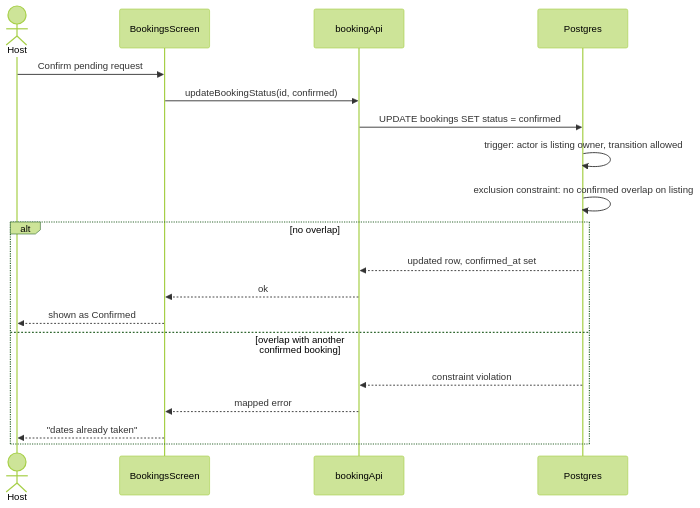
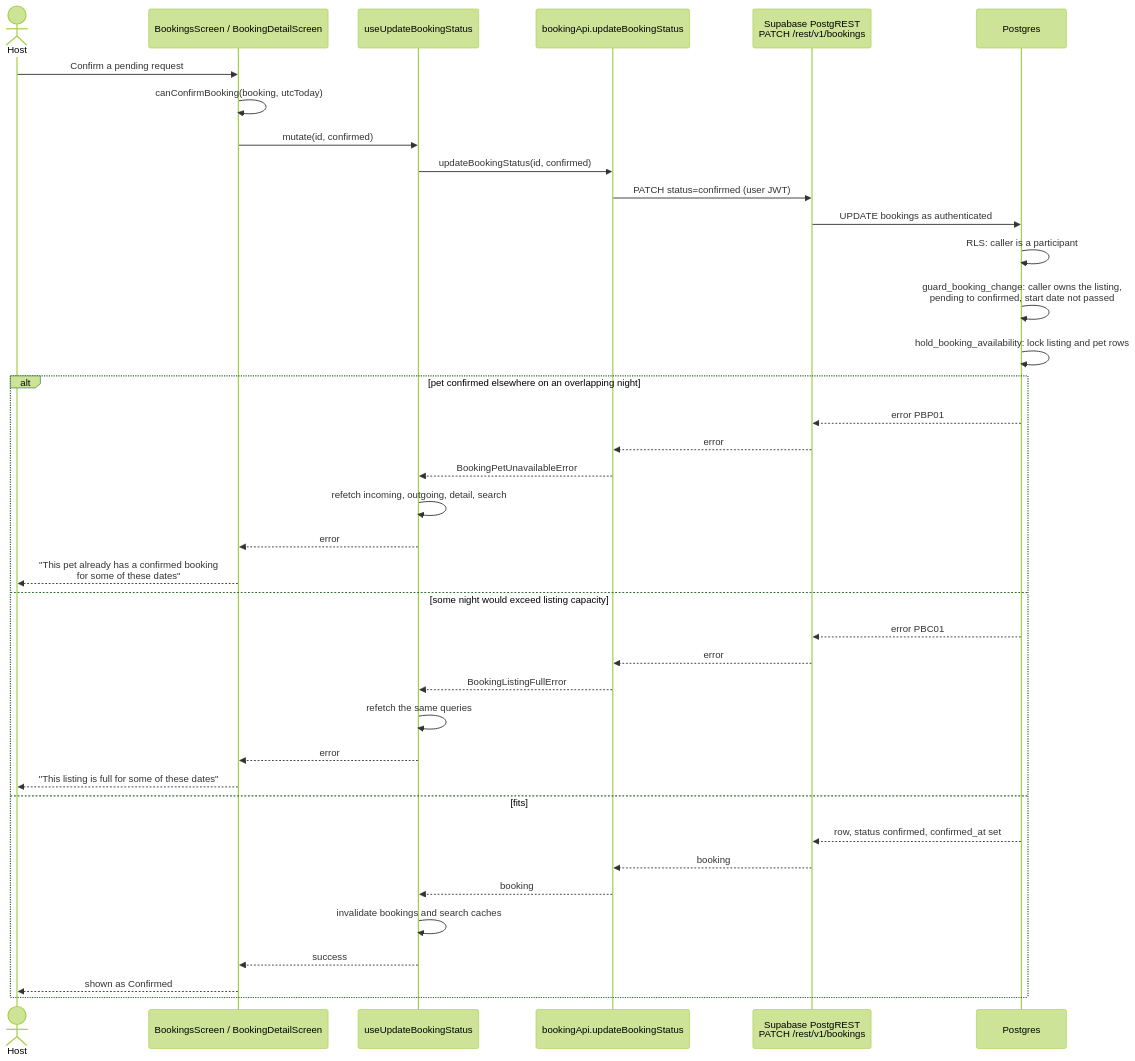
One commit to ziannsnp/petswap changed the eighth of 14 diagrams in docs/design-document.md. Above: the diagram before and after it, drawn with Mermaid (forest theme). The commit also changed other lines of this file and 3 other files, not shown here.

First line of the commit message:
docs(course): add the UML API diagram, design quality, and black-box test plan

````diff
--- a/docs/design-document.md
+++ b/docs/design-document.md
@@ -286,22 +303,41 @@
 ```mermaid
 sequenceDiagram
     actor Host
-    participant UI as BookingsScreen
-    participant API as bookingApi
+    participant UI as BookingsScreen / BookingDetailScreen
+    participant Hook as useUpdateBookingStatus
+    participant API as bookingApi.updateBookingStatus
+    participant REST as Supabase PostgREST<br/>PATCH /rest/v1/bookings
     participant DB as Postgres
 
-    Host->>UI: Confirm pending request
-    UI->>API: updateBookingStatus(id, confirmed)
-    API->>DB: UPDATE bookings SET status = confirmed
-    DB->>DB: trigger: actor is listing owner, transition allowed
-    DB->>DB: exclusion constraint: no confirmed overlap on listing
-    alt no overlap
-        DB-->>API: updated row, confirmed_at set
-        API-->>UI: ok
+    Host->>UI: Confirm a pending request
+    UI->>UI: canConfirmBooking(booking, utcToday)
+    UI->>Hook: mutate(id, confirmed)
+    Hook->>API: updateBookingStatus(id, confirmed)
+    API->>REST: PATCH status=confirmed (user JWT)
+    REST->>DB: UPDATE bookings as authenticated
+    DB->>DB: RLS: caller is a participant
+    DB->>DB: guard_booking_change: caller owns the listing,<br/>pending to confirmed, start date not passed
+    DB->>DB: hold_booking_availability: lock listing and pet rows
+    alt pet confirmed elsewhere on an overlapping night
+        DB-->>REST: error PBP01
+        REST-->>API: error
+        API-->>Hook: BookingPetUnavailableError
+        Hook->>Hook: refetch incoming, outgoing, detail, search
+        Hook-->>UI: error
+        UI-->>Host: "This pet already has a confirmed booking<br/>for some of these dates"
+    else some night would exceed listing capacity
+        DB-->>REST: error PBC01
+        REST-->>API: error
+        API-->>Hook: BookingListingFullError
+        Hook->>Hook: refetch the same queries
+        Hook-->>UI: error
+        UI-->>Host: "This listing is full for some of these dates"
+    else fits
+        DB-->>REST: row, status confirmed, confirmed_at set
+        REST-->>API: booking
+        API-->>Hook: booking
+        Hook->>Hook: invalidate bookings and search caches
+        Hook-->>UI: success
         UI-->>Host: shown as Confirmed
-    else overlap with another confirmed booking
-        DB-->>API: constraint violation
-        API-->>UI: mapped error
-        UI-->>Host: "dates already taken"
     end
 ```
````
